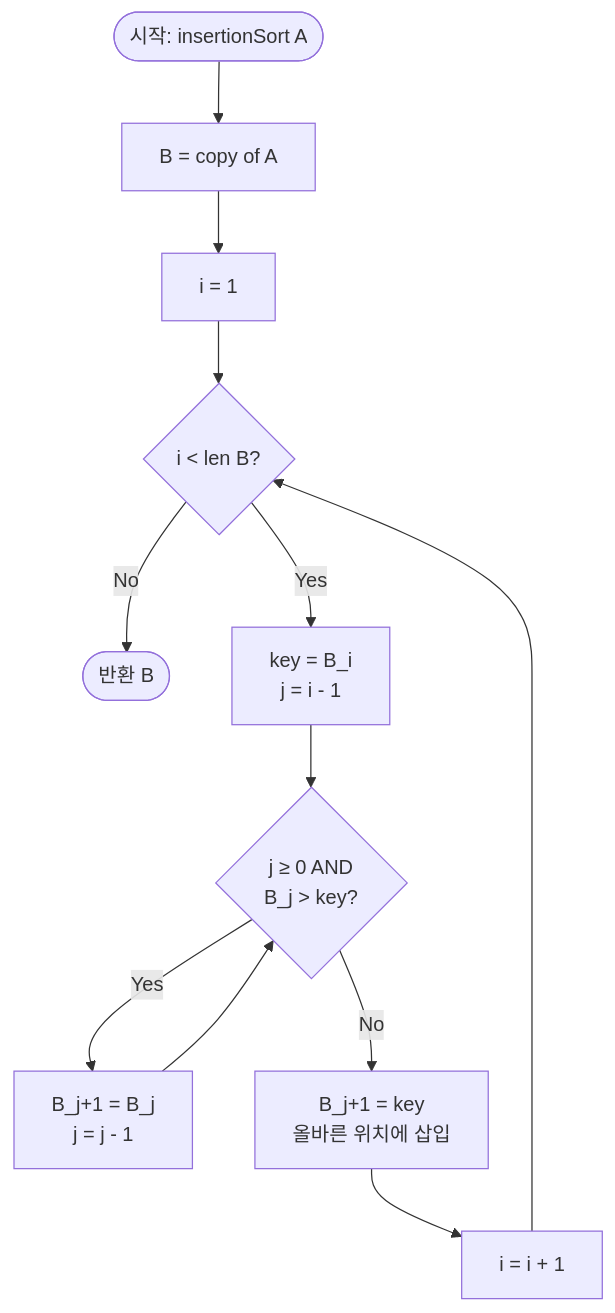
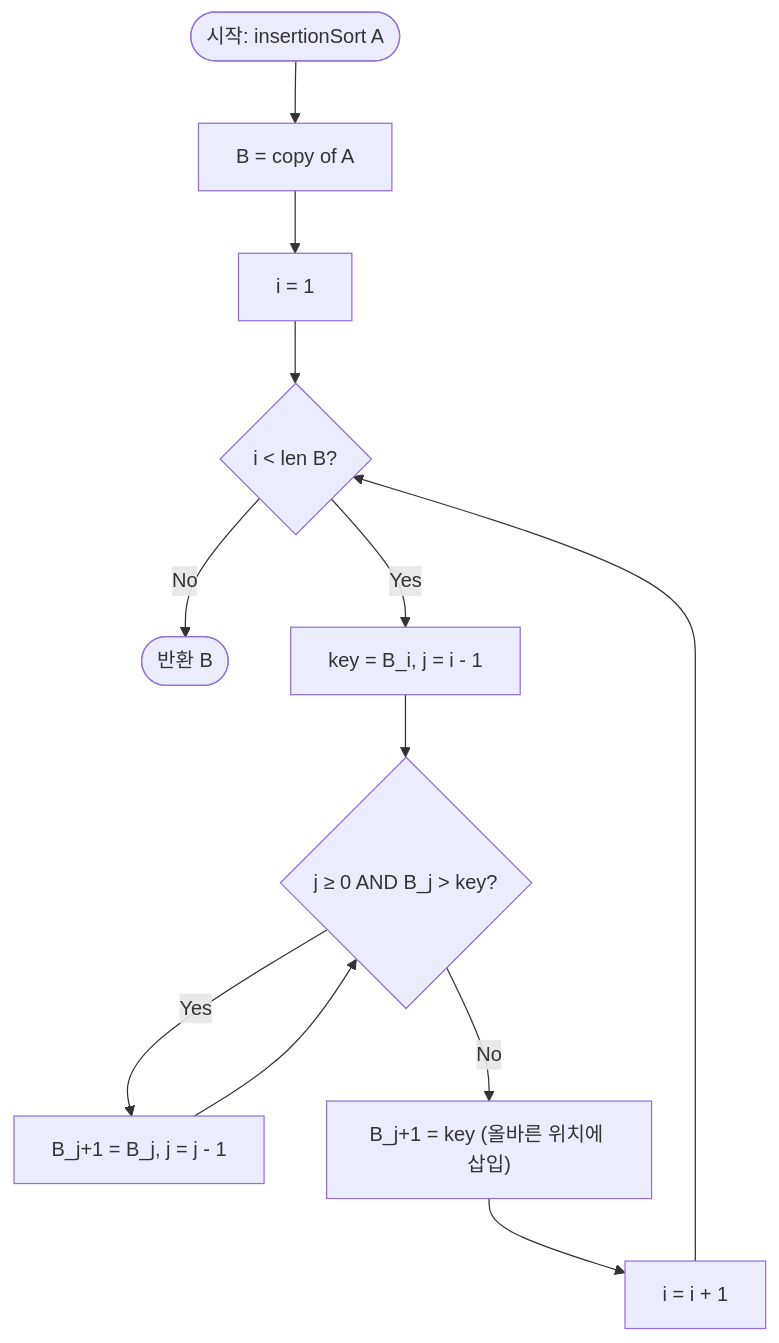
One commit to centurio1987/grow-up-programming changed the diagram in src/algorithms/sorting/insertionSort/insertionSort-guide.mdx. Above: the diagram before and after it, drawn with Mermaid. The commit also changed other lines of this file and 24 other files, not shown here.

````diff
--- a/src/algorithms/sorting/insertionSort/insertionSort-guide.mdx
+++ b/src/algorithms/sorting/insertionSort/insertionSort-guide.mdx
@@ -193,14 +326,14 @@
 ```mermaid
 flowchart TD
-    A([시작: insertionSort A]) --> B[B = copy of A]
-    B --> C[i = 1]
-    C --> D{i < len B?}
-    D -- No --> Z([반환 B])
-    D -- Yes --> E[key = B_i\nj = i - 1]
-    E --> F{j ≥ 0 AND\nB_j > key?}
-    F -- Yes --> G[B_j+1 = B_j\nj = j - 1]
+    A(["시작: insertionSort A"]) --> B["B = copy of A"]
+    B --> C["i = 1"]
+    C --> D{"i < len B?"}
+    D -- No --> Z(["반환 B"])
+    D -- Yes --> E["key = B_i, j = i - 1"]
+    E --> F{"j ≥ 0 AND B_j > key?"}
+    F -- Yes --> G["B_j+1 = B_j, j = j - 1"]
     G --> F
-    F -- No --> H[B_j+1 = key\n올바른 위치에 삽입]
-    H --> I[i = i + 1]
+    F -- No --> H["B_j+1 = key (올바른 위치에 삽입)"]
+    H --> I["i = i + 1"]
     I --> D
 ```
````
